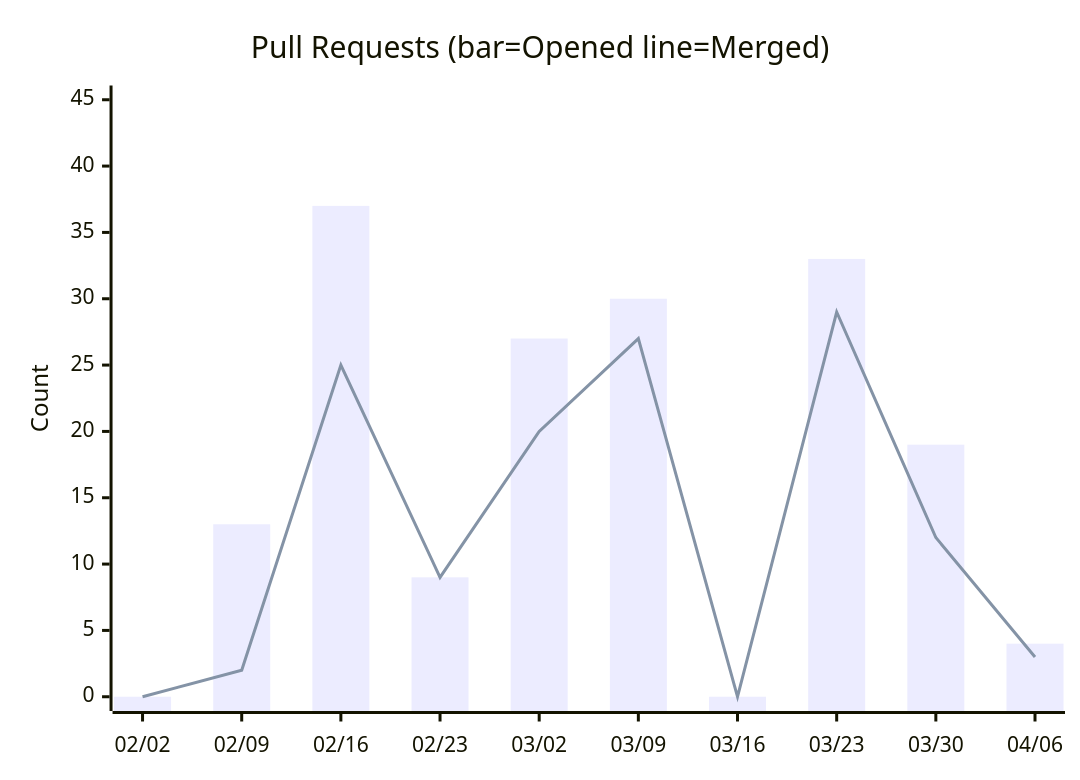
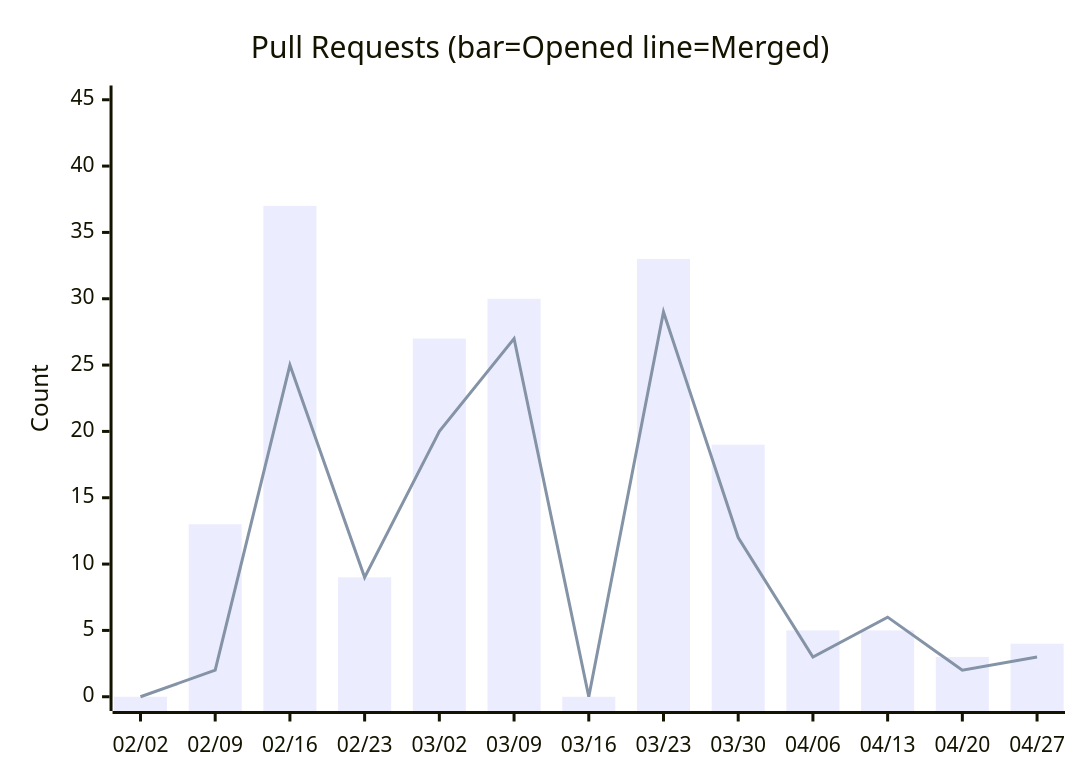
The sixth of 14 diagrams in docs/metrics.md (nablarch/nabledge-dev), drawn with Mermaid before and after one commit. The commit also changed other lines of this file and 2 other files, not shown here.

````diff
--- a/docs/metrics.md
+++ b/docs/metrics.md
@@ -100,8 +100,8 @@
 ```mermaid
 xychart-beta
   title "Pull Requests (bar=Opened  line=Merged)"
-  x-axis ["02/02", "02/09", "02/16", "02/23", "03/02", "03/09", "03/16", "03/23", "03/30", "04/06"]
+  x-axis ["02/02", "02/09", "02/16", "02/23", "03/02", "03/09", "03/16", "03/23", "03/30", "04/06", "04/13", "04/20", "04/27"]
   y-axis "Count" 0 --> 45
-  bar [0, 13, 37, 9, 27, 30, 0, 33, 19, 4]
-  line [0, 2, 25, 9, 20, 27, 0, 29, 12, 3]
+  bar [0, 13, 37, 9, 27, 30, 0, 33, 19, 5, 5, 3, 4]
+  line [0, 2, 25, 9, 20, 27, 0, 29, 12, 3, 6, 2, 3]
 ```
````
